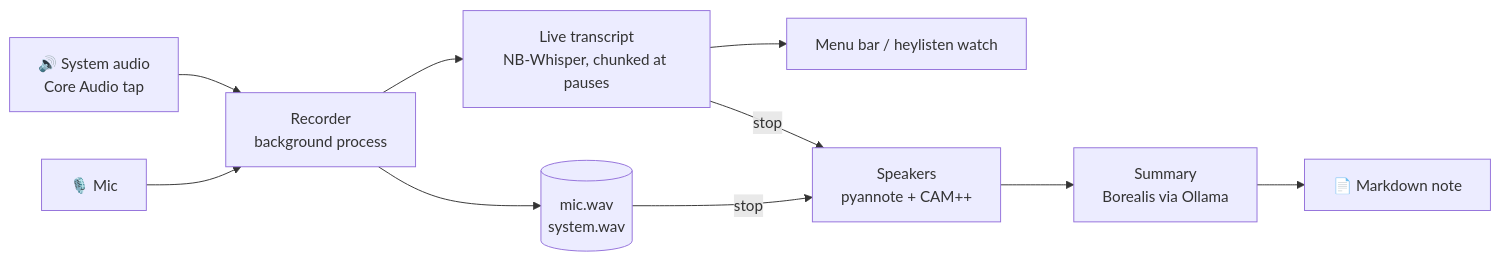
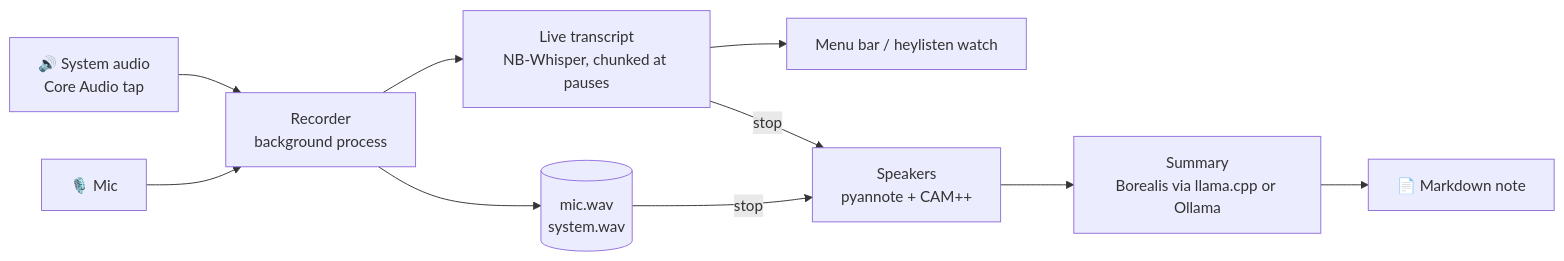
The diagram in README.md (nikolaia/heylisten), drawn with Mermaid before and after one commit. The commit also changed other lines of this file and 16 other files, not shown here.

````diff
--- a/README.md
+++ b/README.md
@@ -108,12 +109,12 @@
 ```mermaid
 flowchart LR
     mic[🎙️ Mic] --> rec
     sys[🔊 System audio<br/>Core Audio tap] --> rec
     rec[Recorder<br/>background process] --> wav[(mic.wav<br/>system.wav)]
     rec --> live[Live transcript<br/>NB-Whisper, chunked at pauses]
     live --> view[Menu bar / heylisten watch]
     wav -- stop --> dia[Speakers<br/>pyannote + CAM++]
     live -- stop --> dia
-    dia --> sum[Summary<br/>Borealis via Ollama]
+    dia --> sum[Summary<br/>Borealis via llama.cpp or Ollama]
     sum --> note[📄 Markdown note]
 ```
````
